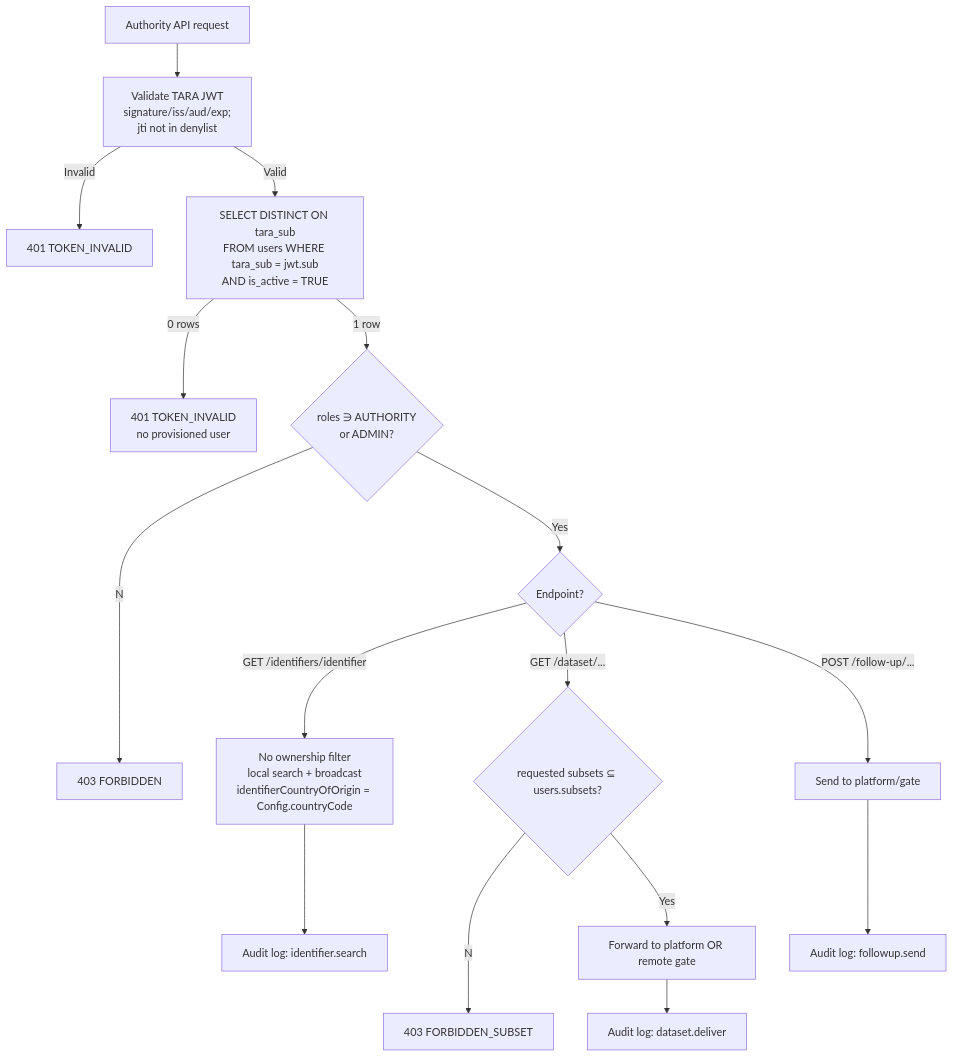
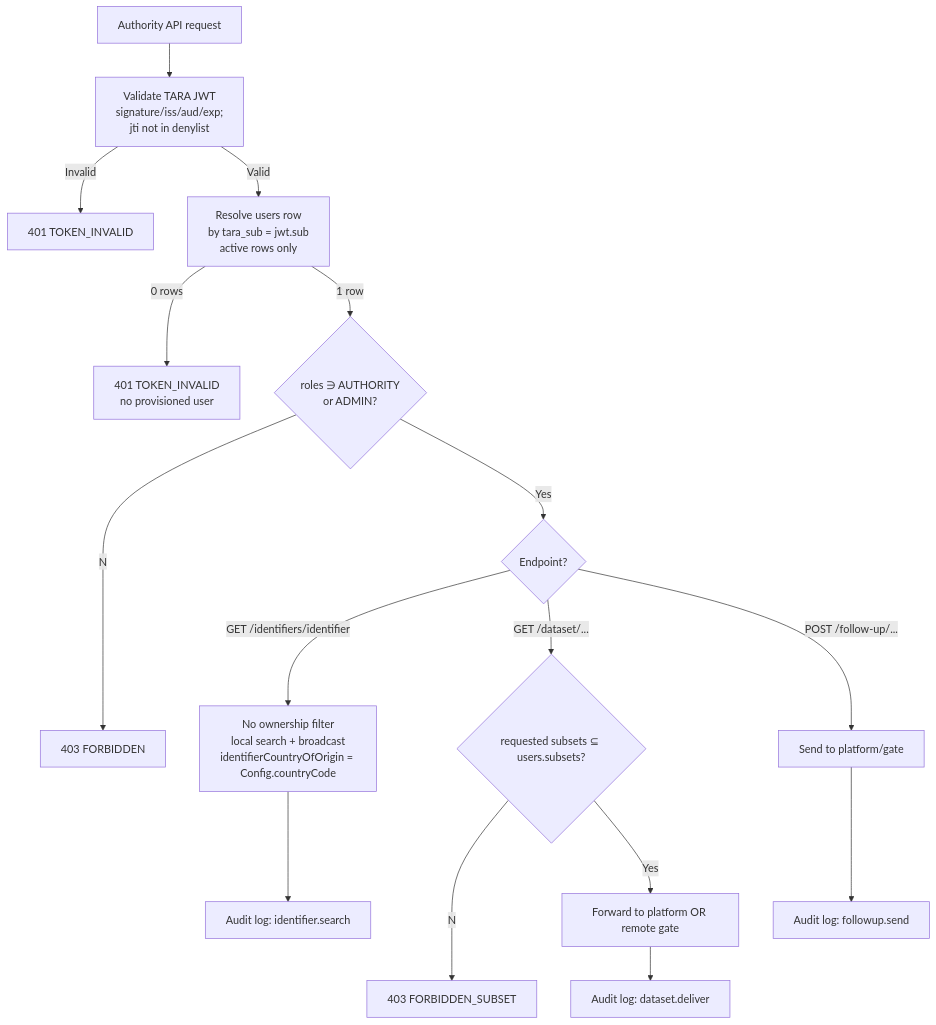
The third of 4 diagrams in docs/specs/permissions-matrix.md (kemit-ee/efti-gate-ee), drawn with Mermaid before and after one commit. The commit also changed other lines of this file and 32 other files, not shown here.

First line of the commit message:
spec: principle — contract not code; strip SQL queries from non-schema files; declare break-glass + revoke-token contracts

````diff
--- a/docs/specs/permissions-matrix.md
+++ b/docs/specs/permissions-matrix.md
@@ -129,18 +133,18 @@
 ```mermaid
 flowchart TD
     REQ[Authority API request] --> JWT[Validate TARA JWT<br/>signature/iss/aud/exp;<br/>jti not in denylist]
     JWT --Invalid--> R401[401 TOKEN_INVALID]
-    JWT --Valid--> LOOK[SELECT DISTINCT ON tara_sub<br/>FROM users WHERE tara_sub = jwt.sub<br/>AND is_active = TRUE]
+    JWT --Valid--> LOOK[Resolve users row<br/>by tara_sub = jwt.sub<br/>active rows only]
     LOOK --0 rows--> R401N[401 TOKEN_INVALID<br/>no provisioned user]
     LOOK --1 row--> ROLE{roles ∋ AUTHORITY<br/>or ADMIN?}
     ROLE --No--> R403[403 FORBIDDEN]
     ROLE --Yes--> ROUTE{Endpoint?}
     ROUTE -->|GET /identifiers/identifier| SEARCH[No ownership filter<br/>local search + broadcast<br/>identifierCountryOfOrigin = Config.countryCode]
     ROUTE -->|GET /dataset/...| SUB{requested subsets ⊆ users.subsets?}
     SUB --No--> R403S[403 FORBIDDEN_SUBSET]
     SUB --Yes--> FWD[Forward to platform OR remote gate]
     ROUTE -->|POST /follow-up/...| FU[Send to platform/gate]
     SEARCH --> AUD[Audit log: identifier.search]
     FWD --> AUD2[Audit log: dataset.deliver]
     FU --> AUD3[Audit log: followup.send]
 ```
````
